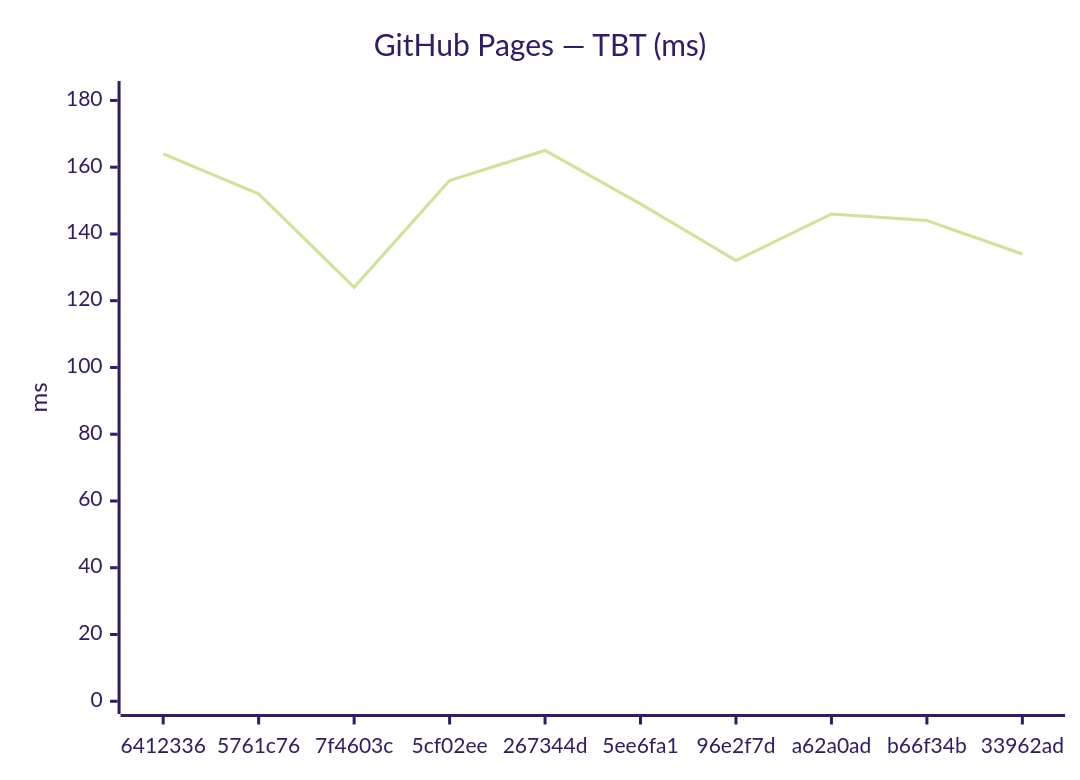
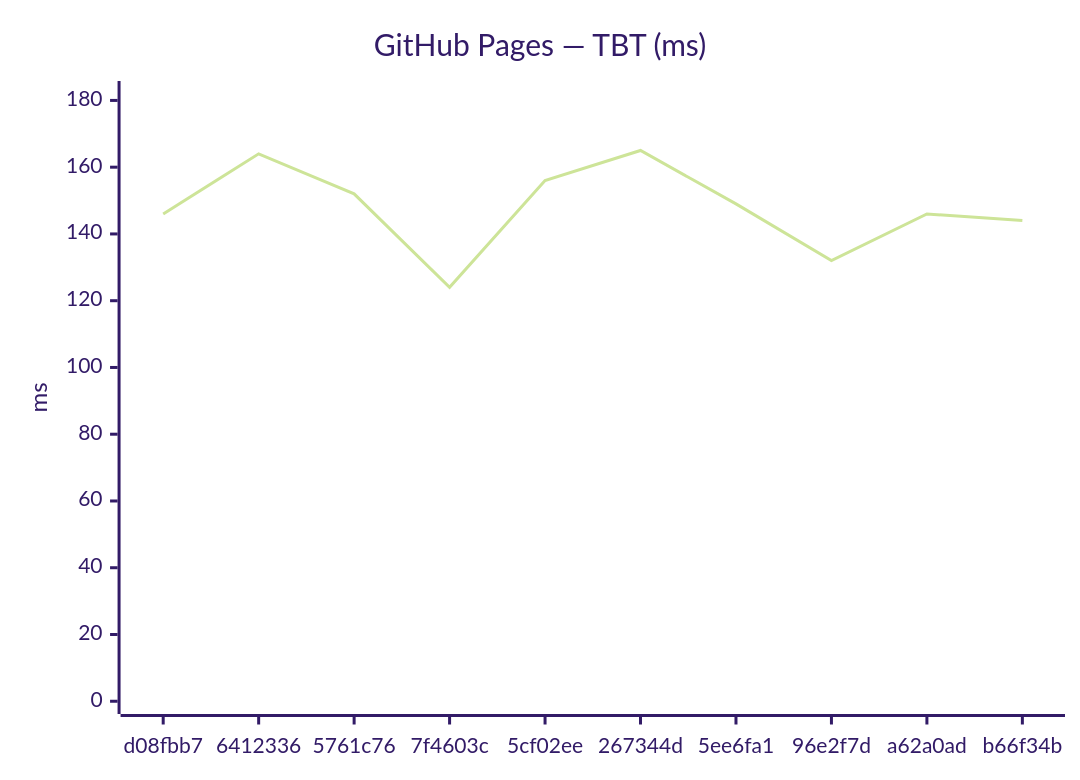
Before and after one commit to Metaheurist/Rianell: the fourth of 18 diagrams in benchmarks/compare.md, drawn with Mermaid (forest theme). The commit also changed other lines of this file and 11 other files, not shown here.

````diff
--- a/benchmarks/compare.md
+++ b/benchmarks/compare.md
@@ -61,7 +61,7 @@
 ```mermaid
 xychart-beta
     title "GitHub Pages — TBT (ms)"
-    x-axis ["6412336", "5761c76", "7f4603c", "5cf02ee", "267344d", "5ee6fa1", "96e2f7d", "a62a0ad", "b66f34b", "33962ad"]
+    x-axis ["d08fbb7", "6412336", "5761c76", "7f4603c", "5cf02ee", "267344d", "5ee6fa1", "96e2f7d", "a62a0ad", "b66f34b"]
     y-axis "ms" 0 --> 182
-    line [164, 152, 124, 156, 165, 149, 132, 146, 144, 134]
+    line [146, 164, 152, 124, 156, 165, 149, 132, 146, 144]
 ```
````
